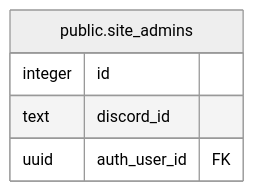
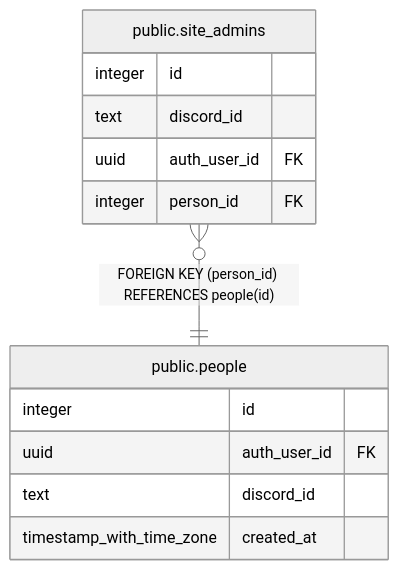
One commit to katogaming88/WGA-Raid-Hub changed the diagram in dbdoc/public.site_admins.md. Above: the diagram before and after it, drawn with Mermaid (neutral theme). The commit also changed other lines of this file and 33 other files, not shown here.

First line of the commit message:
People table: one row per person, grant tables point at it (v3.122.0)

````diff
--- a/dbdoc/public.site_admins.md
+++ b/dbdoc/public.site_admins.md
@@ -28,10 +37,18 @@
 ```mermaid
 erDiagram
 
+"public.site_admins" }o--|| "public.people" : "FOREIGN KEY (person_id) REFERENCES people(id)"
 
 "public.site_admins" {
   integer id
   text discord_id
   uuid auth_user_id FK
+  integer person_id FK
+}
+"public.people" {
+  integer id
+  uuid auth_user_id FK
+  text discord_id
+  timestamp_with_time_zone created_at
 }
 ```
````
